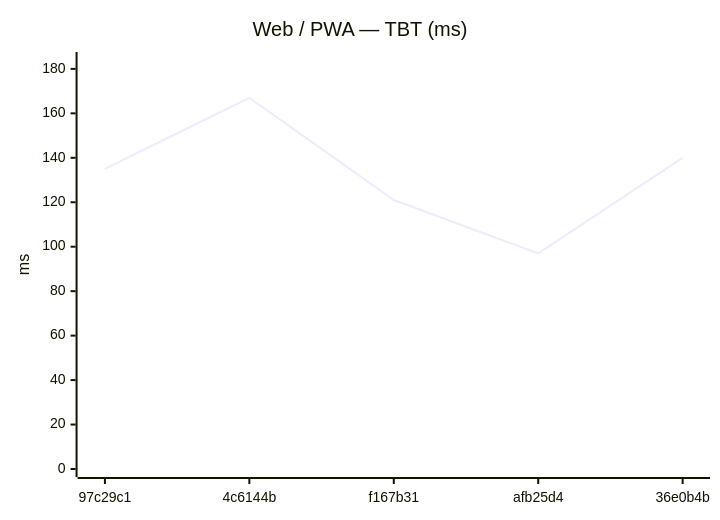
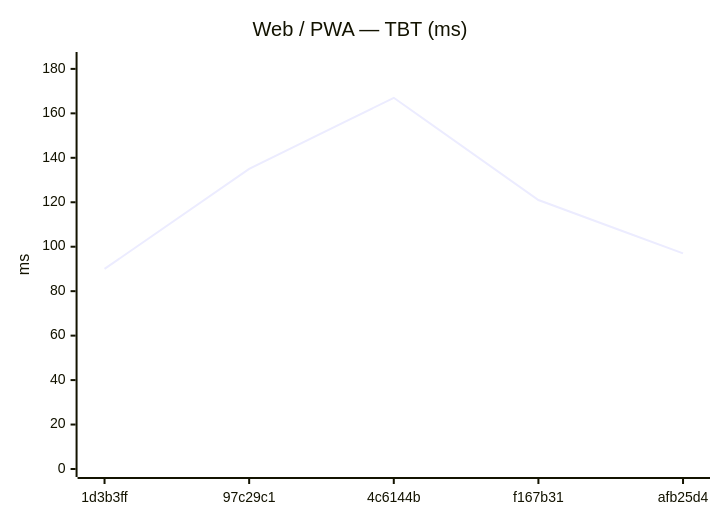
One commit to Metaheurist/Rianell changed the eighth of 18 diagrams in benchmarks/compare.md. Above: the diagram before and after it, drawn with Mermaid. The commit also changed other lines of this file and 11 other files, not shown here.

````diff
--- a/benchmarks/compare.md
+++ b/benchmarks/compare.md
@@ -124,7 +124,7 @@
 ```mermaid
 xychart-beta
     title "Web / PWA — TBT (ms)"
-    x-axis ["97c29c1", "4c6144b", "f167b31", "afb25d4", "36e0b4b"]
+    x-axis ["1d3b3ff", "97c29c1", "4c6144b", "f167b31", "afb25d4"]
     y-axis "ms" 0 --> 184
-    line [135, 167, 121, 97, 140]
+    line [90, 135, 167, 121, 97]
 ```
````
